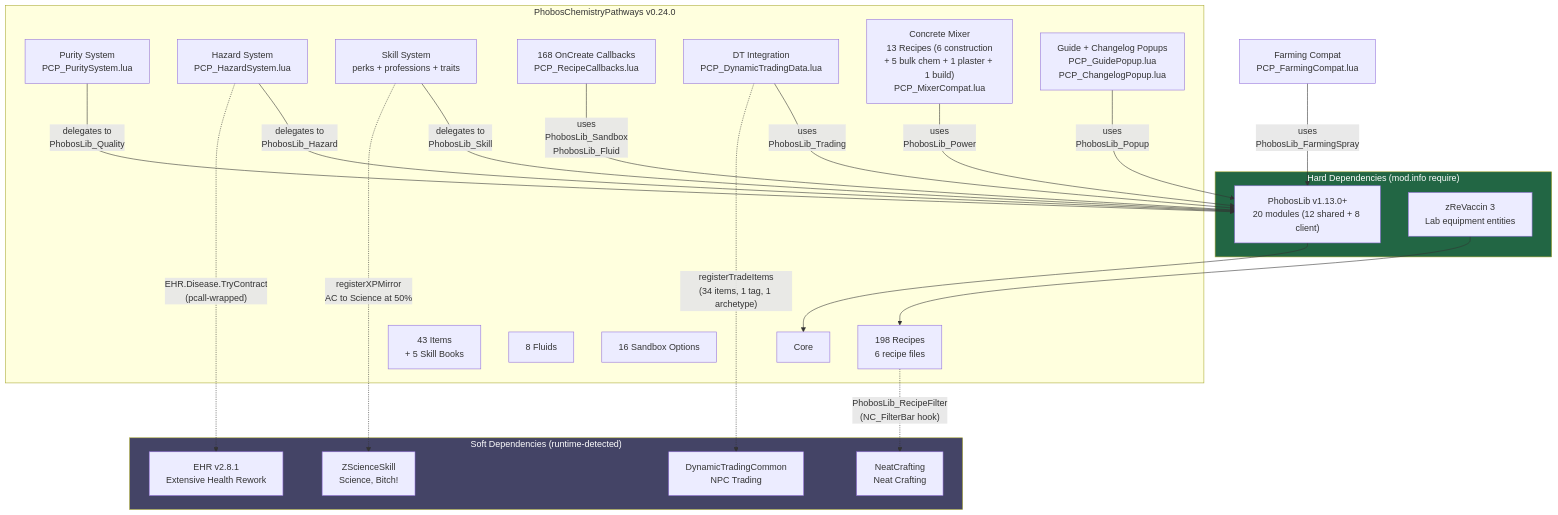
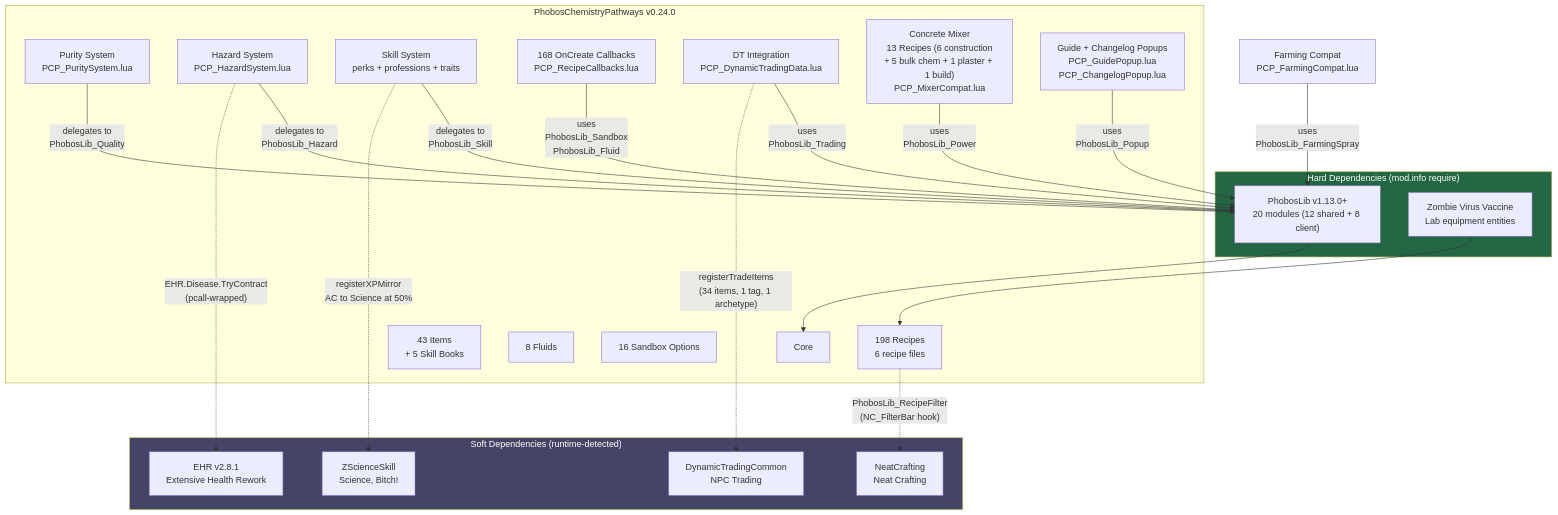
One commit to phobos-dthorga/mod-pz-chemistry-pathways changed the diagram in docs/mermaid-src/architecture.mmd. Above: the diagram before and after it, drawn with Mermaid. The commit also changed 17 other files, not shown here.

First line of the commit message:
feat!: migrate hard dependency from zReVaccin to Zombie Virus Vaccine

```diff
--- a/docs/mermaid-src/architecture.mmd
+++ b/docs/mermaid-src/architecture.mmd
@@ -1,48 +1,48 @@
 graph TB
     subgraph HARD["Hard Dependencies (mod.info require)"]
         PL["PhobosLib v1.13.0+<br/>20 modules (12 shared + 8 client)"]
-        ZR["zReVaccin 3<br/>Lab equipment entities"]
+        ZR["Zombie Virus Vaccine<br/>Lab equipment entities"]
     end
 
     subgraph PCP["PhobosChemistryPathways v0.24.0"]
         CORE["Core"]
         REC["198 Recipes<br/>6 recipe files"]
         ITEMS["43 Items<br/>+ 5 Skill Books"]
         FLUIDS["8 Fluids"]
         SB["16 Sandbox Options"]
         PURITY["Purity System<br/>PCP_PuritySystem.lua"]
         HAZARD["Hazard System<br/>PCP_HazardSystem.lua"]
         SKILL["Skill System<br/>perks + professions + traits"]
         CALLBACKS["168 OnCreate Callbacks<br/>PCP_RecipeCallbacks.lua"]
         TRADING["DT Integration<br/>PCP_DynamicTradingData.lua"]
         MIXER["Concrete Mixer<br/>13 Recipes (6 construction<br/>+ 5 bulk chem + 1 plaster + 1 build)<br/>PCP_MixerCompat.lua"]
         POPUP["Guide + Changelog Popups<br/>PCP_GuidePopup.lua<br/>PCP_ChangelogPopup.lua"]
     end
 
     subgraph SOFT["Soft Dependencies (runtime-detected)"]
         ZSS["ZScienceSkill<br/>Science, Bitch!"]
         EHR["EHR v2.8.1<br/>Extensive Health Rework"]
         DT["DynamicTradingCommon<br/>NPC Trading"]
         NC["NeatCrafting<br/>Neat Crafting"]
     end
 
     PL --> CORE
     ZR --> REC
 
     PURITY -->|"delegates to<br/>PhobosLib_Quality"| PL
     HAZARD -->|"delegates to<br/>PhobosLib_Hazard"| PL
     SKILL -->|"delegates to<br/>PhobosLib_Skill"| PL
     CALLBACKS -->|"uses<br/>PhobosLib_Sandbox<br/>PhobosLib_Fluid"| PL
     TRADING -->|"uses<br/>PhobosLib_Trading"| PL
     FARMING["Farming Compat<br/>PCP_FarmingCompat.lua"]
     FARMING -->|"uses<br/>PhobosLib_FarmingSpray"| PL
     MIXER -->|"uses<br/>PhobosLib_Power"| PL
     POPUP -->|"uses<br/>PhobosLib_Popup"| PL
 
     HAZARD -.->|"EHR.Disease.TryContract<br/>(pcall-wrapped)"| EHR
     SKILL -.->|"registerXPMirror<br/>AC to Science at 50%"| ZSS
     TRADING -.->|"registerTradeItems<br/>(34 items, 1 tag, 1 archetype)"| DT
     REC -.->|"PhobosLib_RecipeFilter<br/>(NC_FilterBar hook)"| NC
 
     style HARD fill:#264,color:#fff
     style SOFT fill:#446,color:#fff
```
